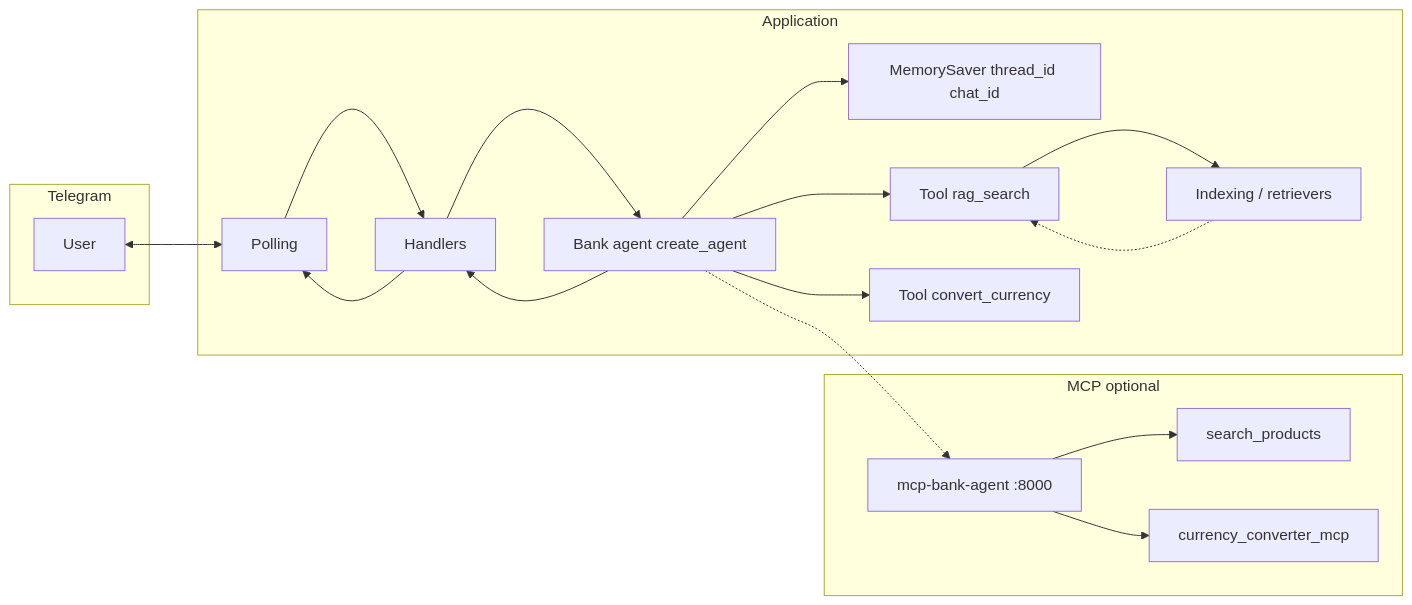
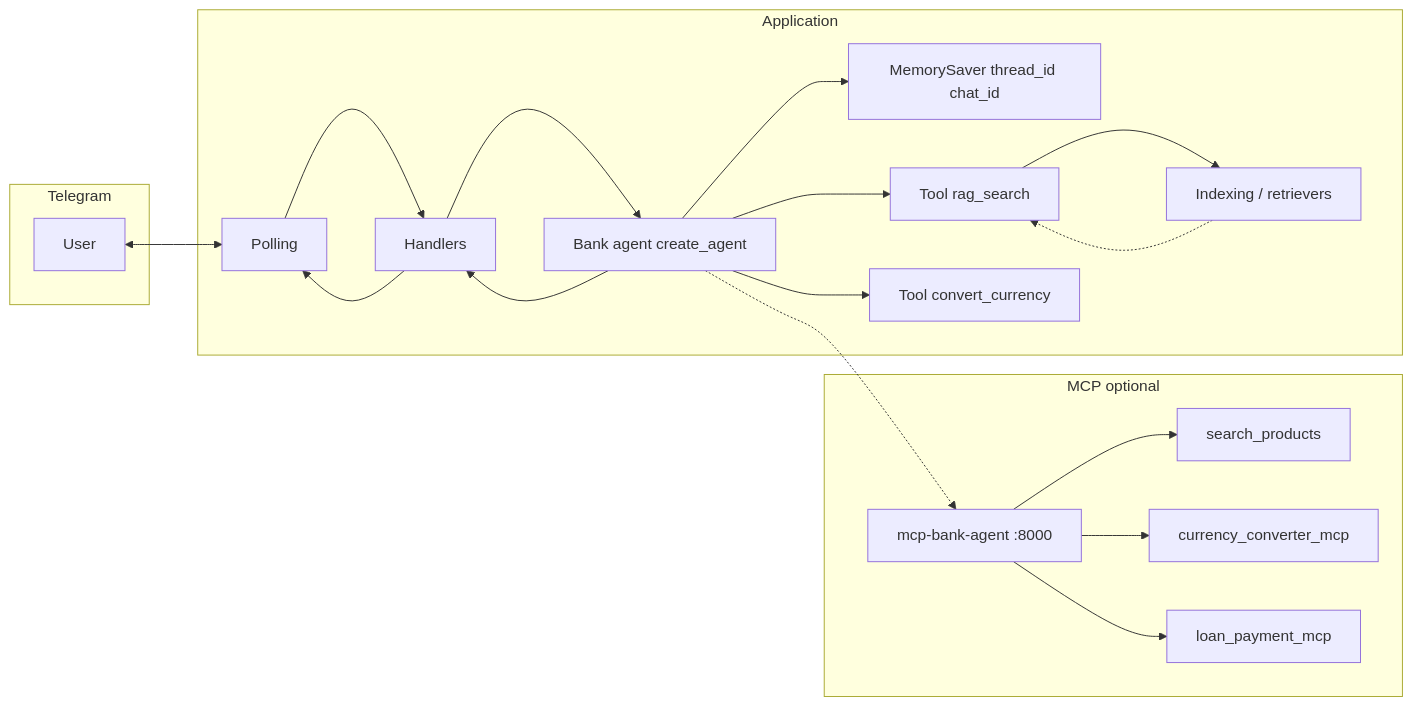
The diagram in 08-mcp/docs/vision.md (apfisenko/ai-agents), drawn with Mermaid before and after one commit. The commit also changed other lines of this file and 8 other files, not shown here.

````diff
--- a/08-mcp/docs/vision.md
+++ b/08-mcp/docs/vision.md
@@ -140,33 +140,35 @@
 ```mermaid
 flowchart LR
   subgraph tg [Telegram]
     User[User]
   end
   subgraph app [Application]
     Poll[Polling]
     H[Handlers]
     BA[Bank agent create_agent]
     Mem[MemorySaver thread_id chat_id]
     Idx[Indexing / retrievers]
     RAG[Tool rag_search]
     FX[Tool convert_currency]
   end
   subgraph mcp [MCP optional]
     MCP[mcp-bank-agent :8000]
     SP[search_products]
     FXM[currency_converter_mcp]
+    LPM[loan_payment_mcp]
   end
   User <--> Poll
   Poll --> H
   H --> BA
   BA --> Mem
   BA --> RAG
   BA --> FX
   BA -.-> MCP
   MCP --> SP
   MCP --> FXM
+  MCP --> LPM
   RAG --> Idx
   Idx -.-> RAG
   BA --> H
   H --> Poll
 ```
````
